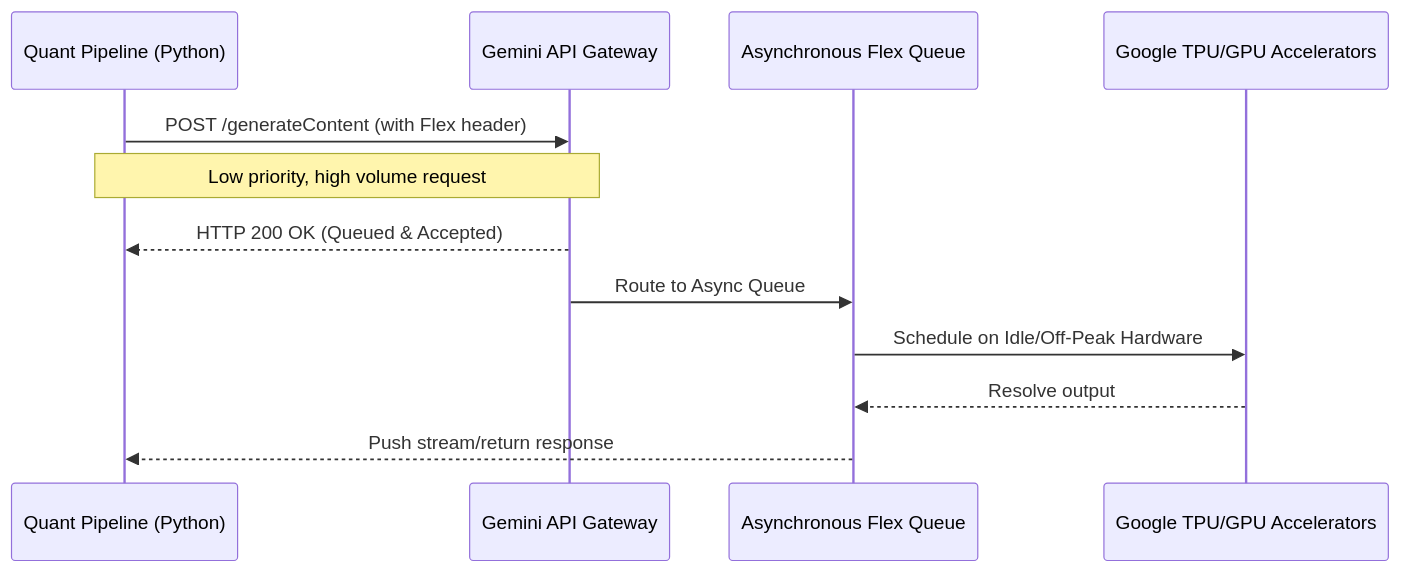
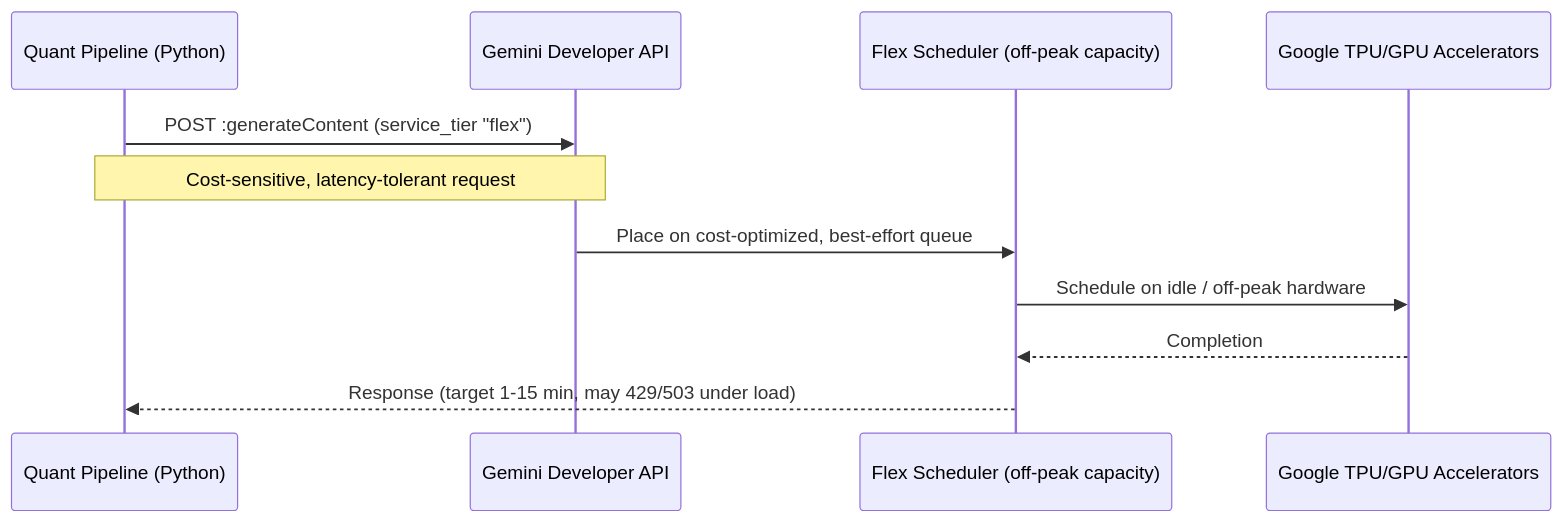
One commit to dambor/workshop-platform changed the second of 5 diagrams in public/workshops/workshop-quantscale.md. Above: the diagram before and after it, drawn with Mermaid. The commit also changed other lines of this file and 3 other files, not shown here.

````diff
--- a/public/workshops/workshop-quantscale.md
+++ b/public/workshops/workshop-quantscale.md
@@ -115,15 +112,14 @@
 ```mermaid
 sequenceDiagram
     participant Client as Quant Pipeline (Python)
-    participant GW as Gemini API Gateway
-    participant Flex as Asynchronous Flex Queue
+    participant GW as Gemini Developer API
+    participant Flex as Flex Scheduler (off-peak capacity)
     participant GPU as Google TPU/GPU Accelerators
 
-    Client->>GW: POST /generateContent (with Flex header)
-    Note over Client,GW: Low priority, high volume request
-    GW-->>Client: HTTP 200 OK (Queued & Accepted)
-    GW->>Flex: Route to Async Queue
-    Flex->>GPU: Schedule on Idle/Off-Peak Hardware
-    GPU-->>Flex: Resolve output
-    Flex-->>Client: Push stream/return response
+    Client->>GW: POST :generateContent (service_tier "flex")
+    Note over Client,GW: Cost-sensitive, latency-tolerant request
+    GW->>Flex: Place on cost-optimized, best-effort queue
+    Flex->>GPU: Schedule on idle / off-peak hardware
+    GPU-->>Flex: Completion
+    Flex-->>Client: Response (target 1-15 min, may 429/503 under load)
 ```
````
